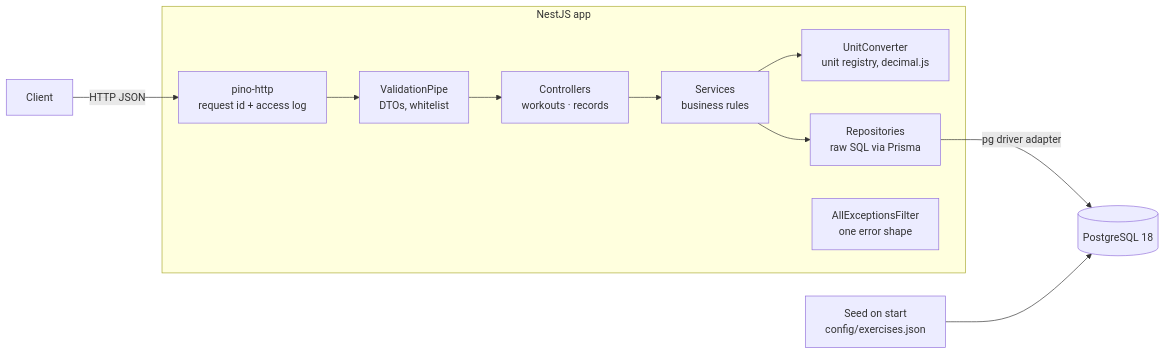
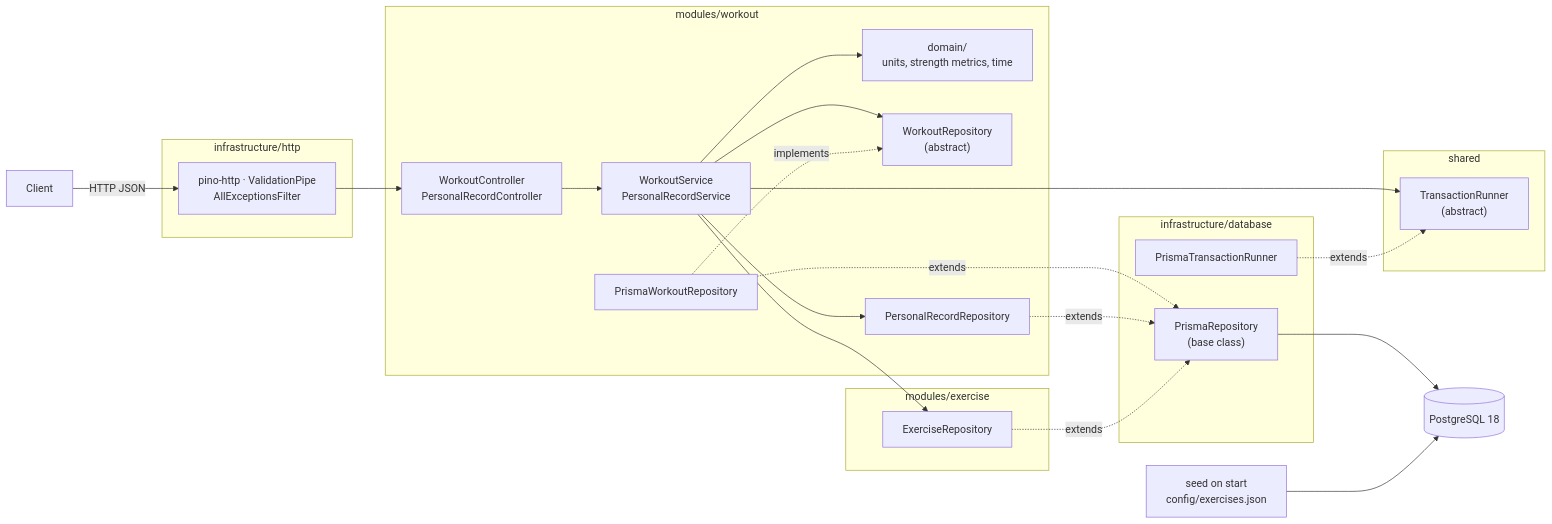
Before and after one commit to nguyentrigiang/everfit-workout-api: the first of 2 diagrams in README.md, drawn with Mermaid. The commit also changed other lines of this file and 12 other files, not shown here.

First line of the commit message:
Feature: Document the modular architecture and group e2e tests by module

````diff
--- a/README.md
+++ b/README.md
@@ -60,16 +62,40 @@
 ```mermaid
 flowchart LR
-  Client -->|HTTP JSON| MW
+  Client -->|HTTP JSON| HTTP
 
-  subgraph NestJS app
-    MW["pino-http<br/>request id + access log"] --> Pipe["ValidationPipe<br/>DTOs, whitelist"]
-    Pipe --> Ctrl["Controllers<br/>workouts · records"]
-    Ctrl --> Svc["Services<br/>business rules"]
-    Svc --> Units["UnitConverter<br/>unit registry, decimal.js"]
-    Svc --> Repo["Repositories<br/>raw SQL via Prisma"]
-    Filter["AllExceptionsFilter<br/>one error shape"]
+  subgraph infra_http["infrastructure/http"]
+    HTTP["pino-http · ValidationPipe<br/>AllExceptionsFilter"]
   end
 
-  Repo -->|"pg driver adapter"| PG[(PostgreSQL 18)]
-  Seed["Seed on start<br/>config/exercises.json"] --> PG
+  subgraph workout["modules/workout"]
+    WC["WorkoutController<br/>PersonalRecordController"] --> WS["WorkoutService<br/>PersonalRecordService"]
+    WS --> Domain["domain/<br/>units, strength metrics, time"]
+    WS --> WR["WorkoutRepository<br/>(abstract)"]
+    WS --> PRR["PersonalRecordRepository"]
+    PWR["PrismaWorkoutRepository"]
+  end
+
+  subgraph exercise["modules/exercise"]
+    ER["ExerciseRepository"]
+  end
+
+  subgraph shared["shared"]
+    TR["TransactionRunner<br/>(abstract)"]
+  end
+
+  subgraph infra_db["infrastructure/database"]
+    PTR["PrismaTransactionRunner"]
+    Base["PrismaRepository<br/>(base class)"]
+  end
+
+  HTTP --> WC
+  WS --> ER
+  WS --> TR
+  PWR -. implements .-> WR
+  PTR -. extends .-> TR
+  PWR -. extends .-> Base
+  PRR -. extends .-> Base
+  ER -. extends .-> Base
+  Base --> PG[(PostgreSQL 18)]
+  Seed["seed on start<br/>config/exercises.json"] --> PG
 ```
````
